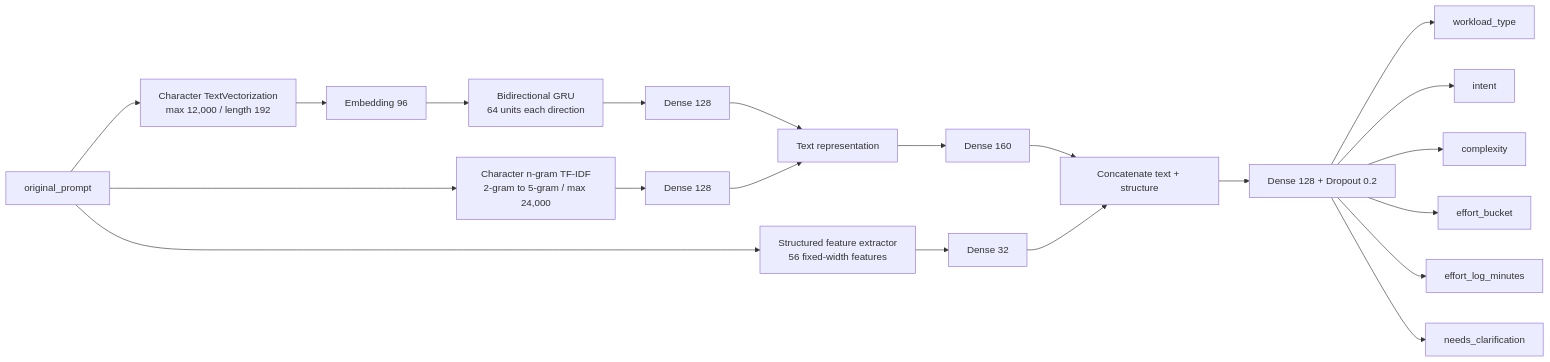
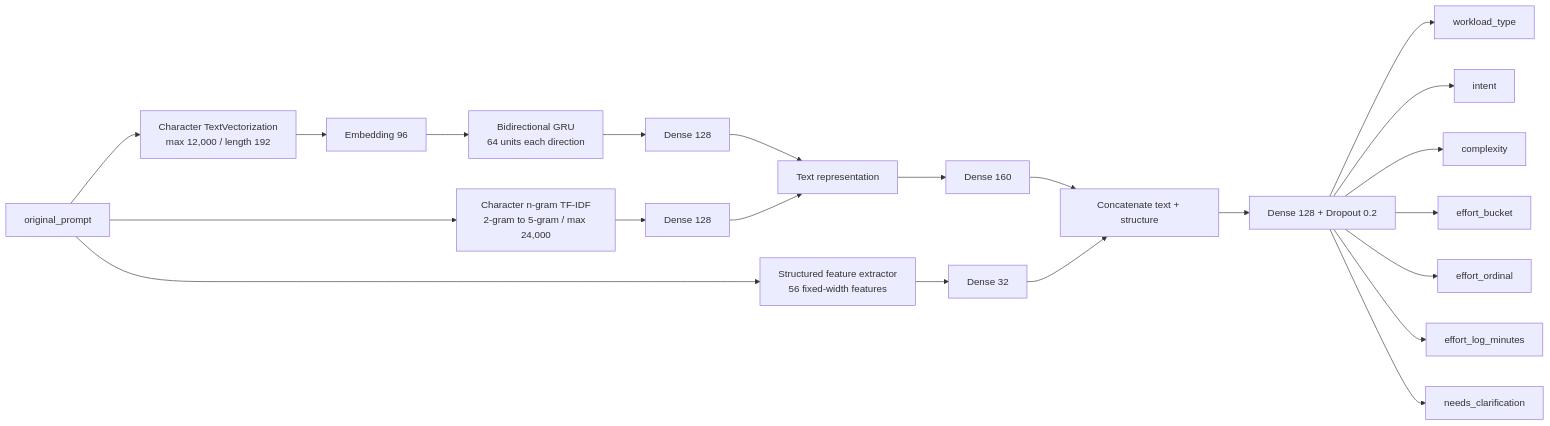
Before and after one commit to TheRealMilesLee/PromptClassifier: the second of 4 diagrams in docs/DESIGN.md, drawn with Mermaid. The commit also changed other lines of this file and 10 other files, not shown here.

Commit message:
feat: add ordinal effort head

````diff
--- a/docs/DESIGN.md
+++ b/docs/DESIGN.md
@@ -853,27 +854,28 @@
 ```mermaid
 flowchart LR
     A["original_prompt"] --> B["Character TextVectorization\nmax 12,000 / length 192"]
     B --> C["Embedding 96"]
     C --> D["Bidirectional GRU\n64 units each direction"]
     D --> E["Dense 128"]
 
     A --> F["Character n-gram TF-IDF\n2-gram to 5-gram / max 24,000"]
     F --> G["Dense 128"]
 
     A --> H["Structured feature extractor\n56 fixed-width features"]
     H --> I["Dense 32"]
 
     E --> J["Text representation"]
     G --> J
     J --> K["Dense 160"]
     K --> L["Concatenate text + structure"]
     I --> L
     L --> M["Dense 128 + Dropout 0.2"]
 
     M --> N["workload_type"]
     M --> O["intent"]
     M --> P["complexity"]
     M --> Q["effort_bucket"]
-    M --> R["effort_log_minutes"]
-    M --> S["needs_clarification"]
+    M --> R["effort_ordinal"]
+    M --> S["effort_log_minutes"]
+    M --> T["needs_clarification"]
 ```
````
